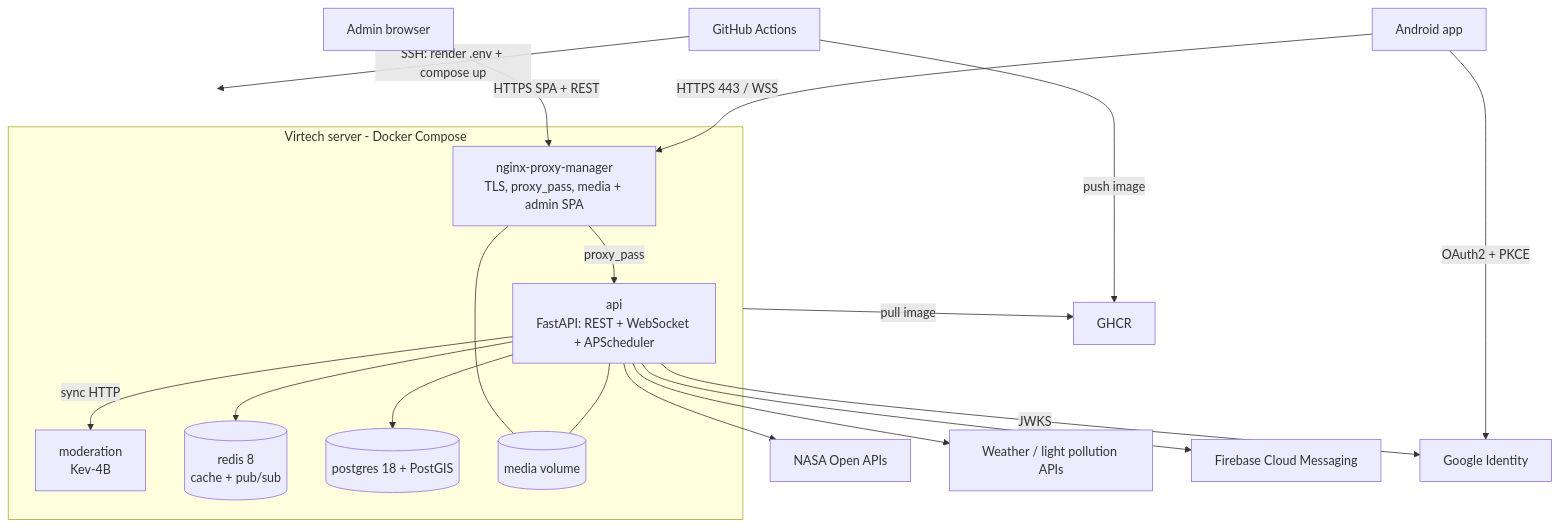
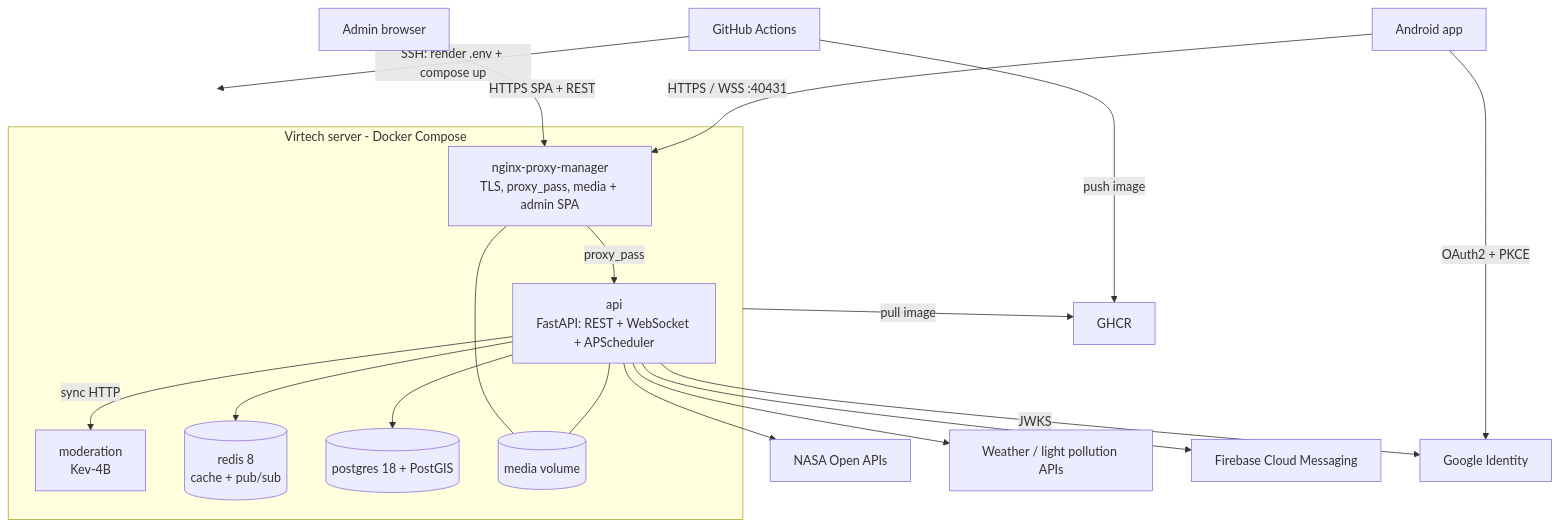
Before and after one commit to pes2627q1-21-gei-upc/perseida: the diagram in obsidian_vault/arquitectura/arquitectura-fisica.md, drawn with Mermaid. The commit also changed other lines of this file and 4 other files, not shown here.

````diff
--- a/obsidian_vault/arquitectura/arquitectura-fisica.md
+++ b/obsidian_vault/arquitectura/arquitectura-fisica.md
@@ -20,27 +20,27 @@
 ```mermaid
 flowchart TB
-    PHONE[Android app] -- HTTPS 443 / WSS --> NPM
+    PHONE[Android app] -- HTTPS / WSS :40431 --> NPM
     ADMIN[Admin browser] -- HTTPS SPA + REST --> NPM
     subgraph VIRTECH[Virtech server - Docker Compose]
         NPM[nginx-proxy-manager<br/>TLS, proxy_pass, media + admin SPA]
         API[api<br/>FastAPI: REST + WebSocket + APScheduler]
         MOD[moderation<br/>Kev-4B]
         REDIS[(redis 8<br/>cache + pub/sub)]
         PG[(postgres 18 + PostGIS)]
         VOL[(media volume)]
         NPM -- proxy_pass --> API
         API -- sync HTTP --> MOD
         API --> REDIS
         API --> PG
         API --- VOL
         NPM --- VOL
     end
     API --> NASA[NASA Open APIs]
     API --> OTHER[Weather / light pollution APIs]
     API --> FCM[Firebase Cloud Messaging]
     PHONE -- OAuth2 + PKCE --> GOOGLE[Google Identity]
     API -- JWKS --> GOOGLE
     GHA[GitHub Actions] -- push image --> GHCR[GHCR]
     GHA -- SSH: render .env + compose up --> VIRTECH
     VIRTECH -- pull image --> GHCR
 ```
````
